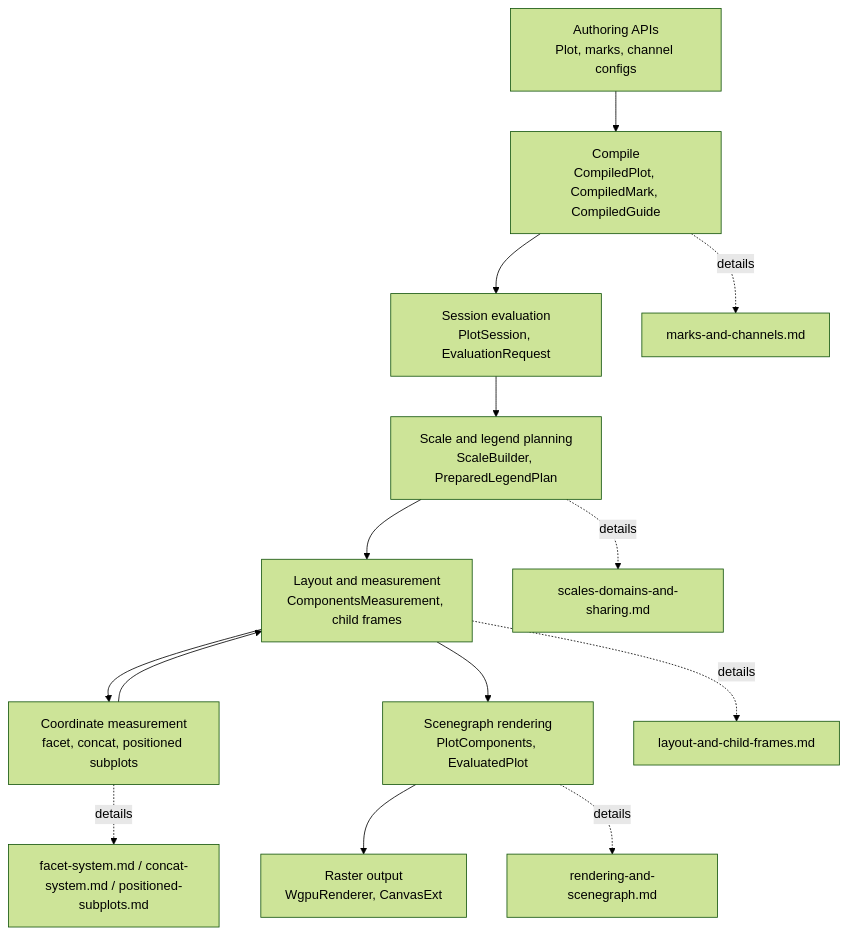
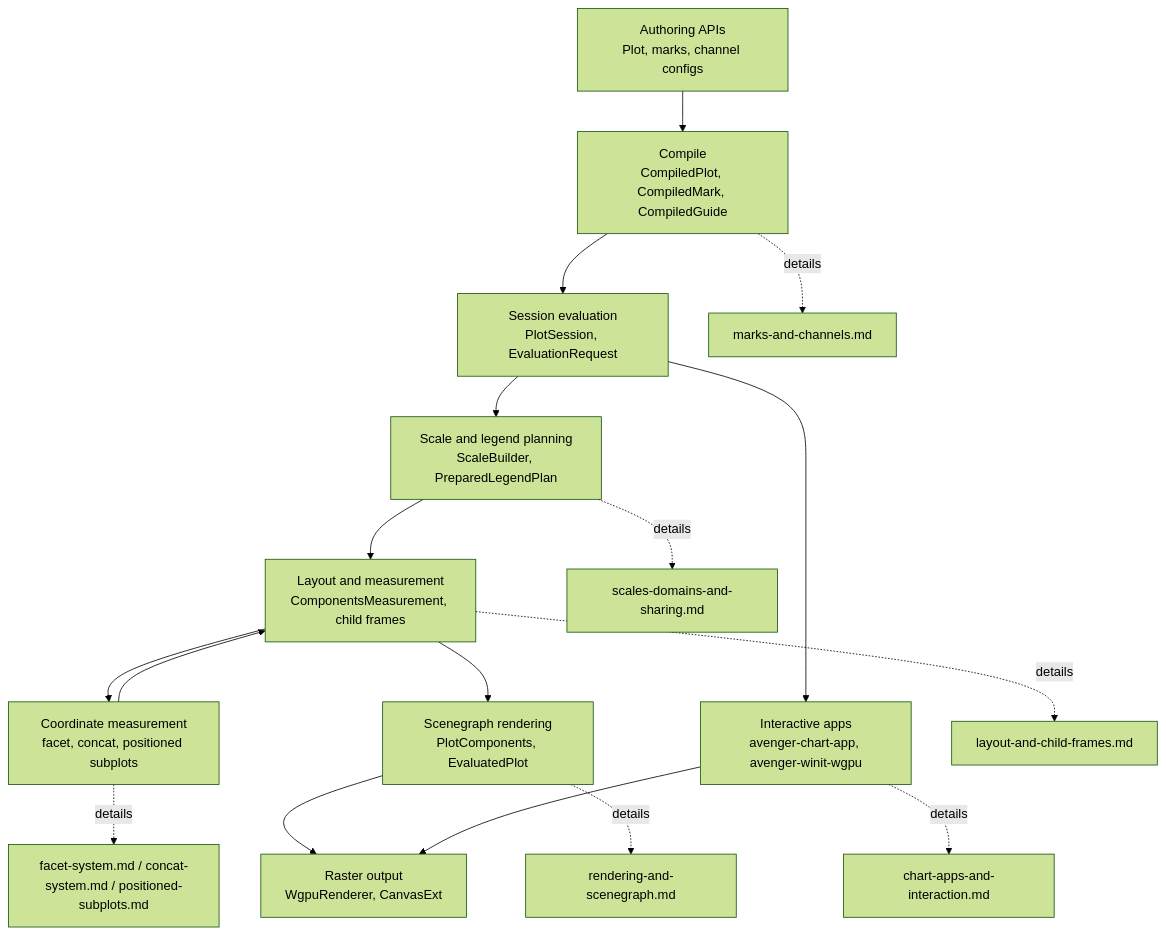
One commit to jonmmease/avenger changed the diagram in avenger-chart/docs/architecture/README.md. Above: the diagram before and after it, drawn with Mermaid (forest theme). The commit also changed other lines of this file and 4 other files, not shown here.

Commit message:
docs(chart): document chart app architecture

````diff
--- a/avenger-chart/docs/architecture/README.md
+++ b/avenger-chart/docs/architecture/README.md
@@ -29,26 +32,30 @@
 ```mermaid
 flowchart TD
     Author["Authoring APIs\nPlot, marks, channel configs"]
     Compile["Compile\nCompiledPlot, CompiledMark, CompiledGuide"]
     Session["Session evaluation\nPlotSession, EvaluationRequest"]
     ScaleLegend["Scale and legend planning\nScaleBuilder, PreparedLegendPlan"]
     Layout["Layout and measurement\nComponentsMeasurement, child frames"]
     Coord["Coordinate measurement\nfacet, concat, positioned subplots"]
     Render["Scenegraph rendering\nPlotComponents, EvaluatedPlot"]
     Wgpu["Raster output\nWgpuRenderer, CanvasExt"]
+    Apps["Interactive apps\navenger-chart-app, avenger-winit-wgpu"]
 
     Author --> Compile
     Compile --> Session
     Session --> ScaleLegend
     ScaleLegend --> Layout
     Layout --> Coord
     Coord --> Layout
     Layout --> Render
     Render --> Wgpu
+    Session --> Apps
+    Apps --> Wgpu
 
     Compile -. details .-> Marks["marks-and-channels.md"]
     ScaleLegend -. details .-> Scales["scales-domains-and-sharing.md"]
     Layout -. details .-> ChildFrames["layout-and-child-frames.md"]
     Coord -. details .-> Containers["facet-system.md / concat-system.md / positioned-subplots.md"]
     Render -. details .-> Rendering["rendering-and-scenegraph.md"]
+    Apps -. details .-> AppDocs["chart-apps-and-interaction.md"]
 ```
````
